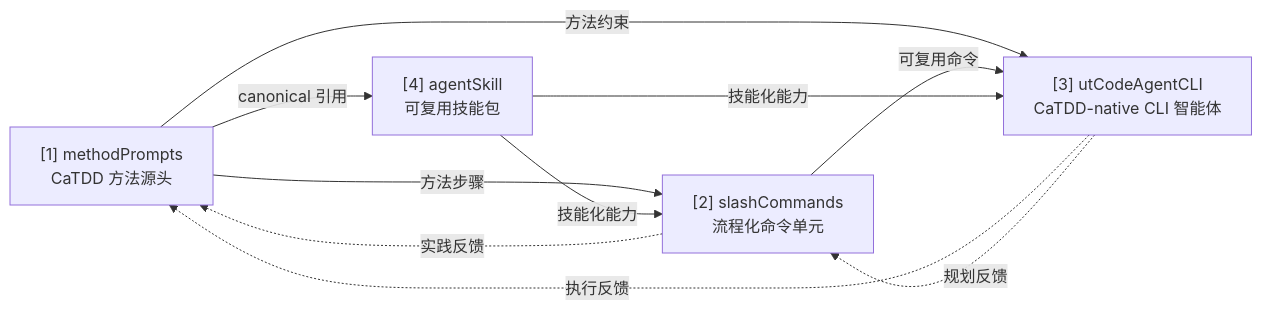
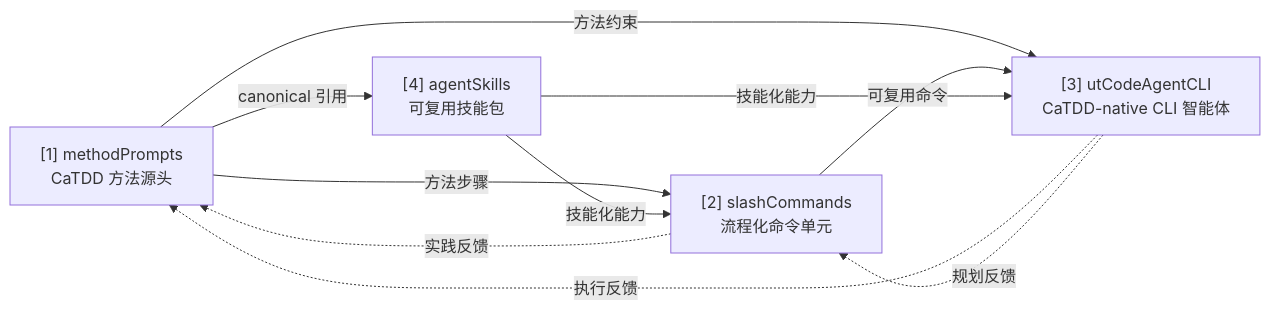
One commit to EnigmaWU/MyCaTDD changed the diagram in README_ZH.md. Above: the diagram before and after it, drawn with Mermaid. The commit also changed other lines of this file and 25 other files, not shown here.

First line of the commit message:
refactor: rename agentSkill layer to agentSkills

````diff
--- a/README_ZH.md
+++ b/README_ZH.md
@@ -29,17 +29,17 @@
 ```mermaid
 flowchart LR
   L1["[1] methodPrompts<br/>CaTDD 方法源头"]
   L2["[2] slashCommands<br/>流程化命令单元"]
   L3["[3] utCodeAgentCLI<br/>CaTDD-native CLI 智能体"]
-  L4["[4] agentSkill<br/>可复用技能包"]
+  L4["[4] agentSkills<br/>可复用技能包"]
 
   L1 -->|方法步骤| L2
   L1 -->|方法约束| L3
   L1 -->|canonical 引用| L4
   L2 -->|可复用命令| L3
   L4 -->|技能化能力| L2
   L4 -->|技能化能力| L3
   L2 -.->|实践反馈| L1
   L3 -.->|执行反馈| L1
   L3 -.->|规划反馈| L2
 ```
````
